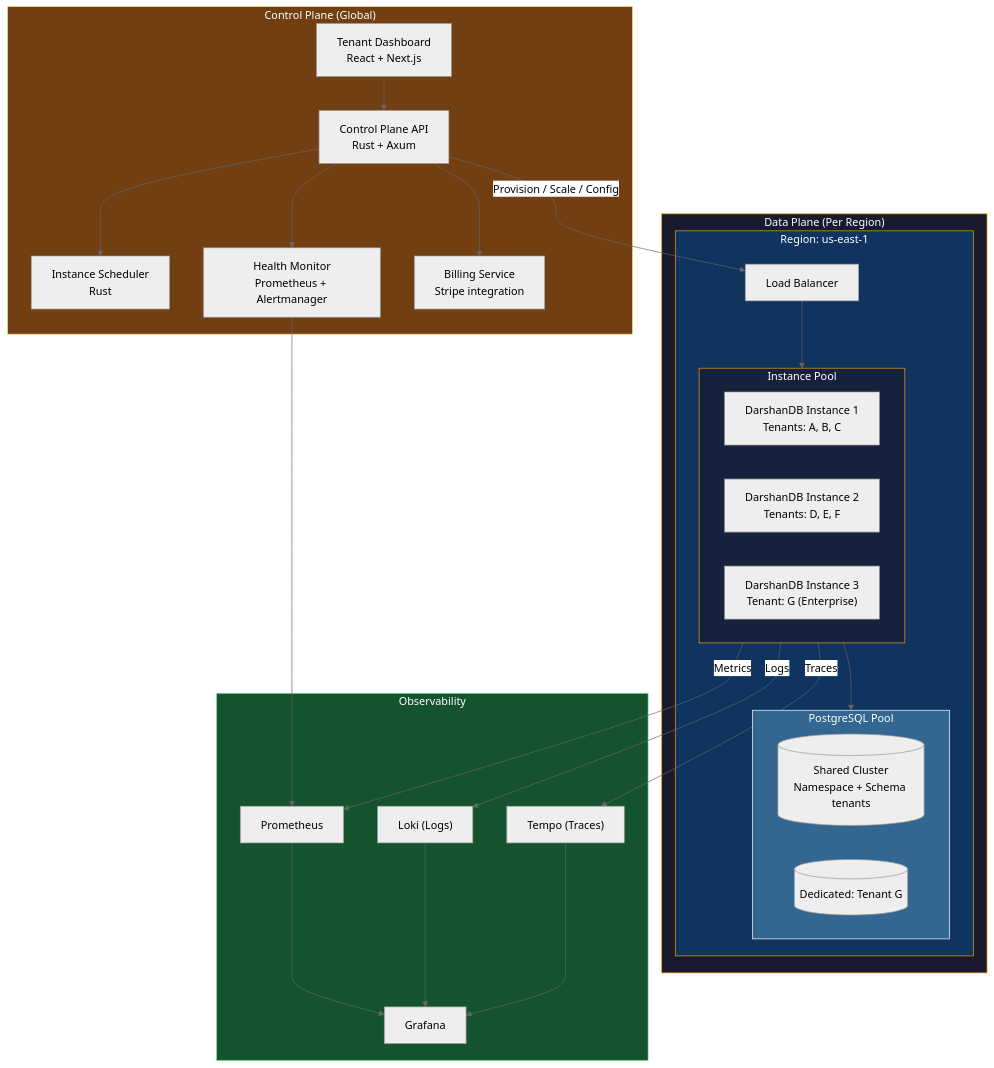
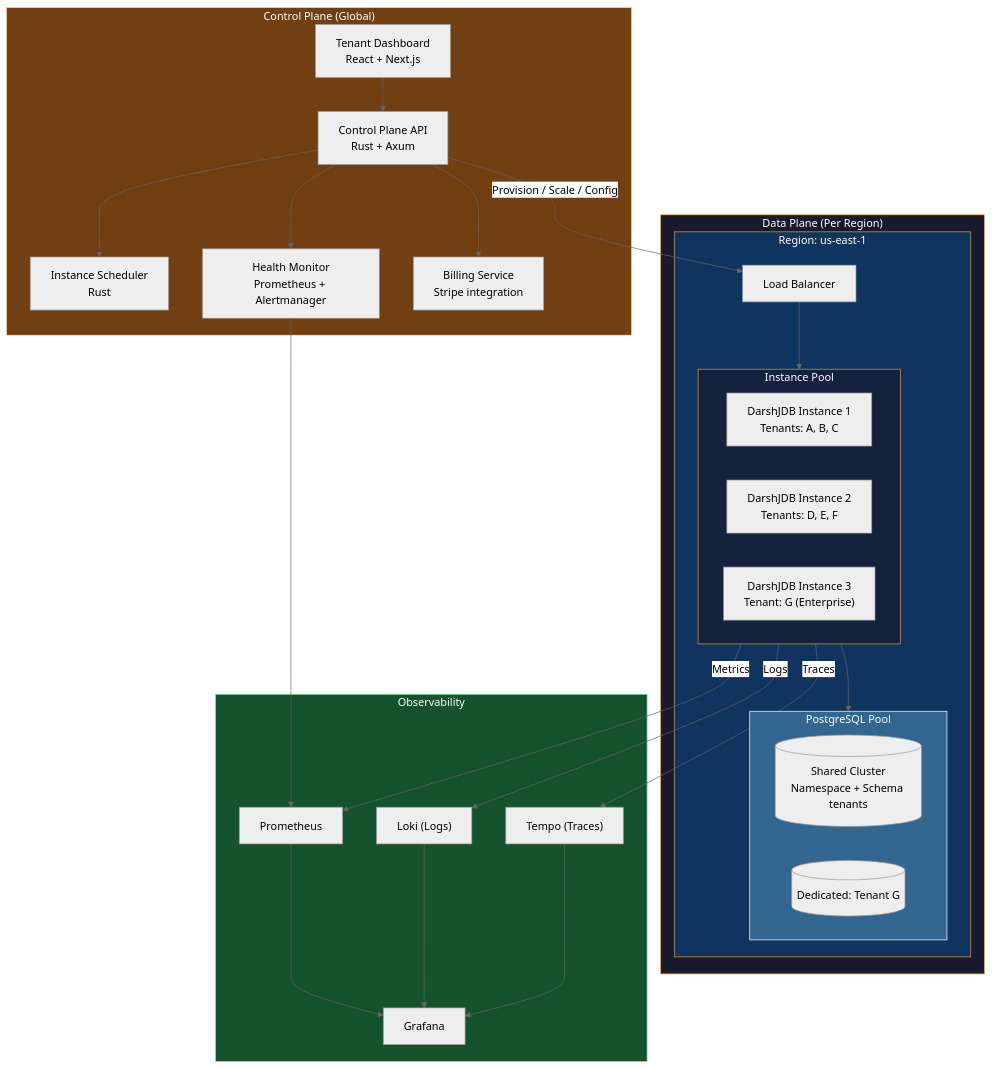
One commit to darshjme/darshjdb changed the seventh of 12 diagrams in docs/strategy/ENTERPRISE_STRATEGY.md. Above: the diagram before and after it, drawn with Mermaid (neutral theme). The commit also changed other lines of this file and 107 other files, not shown here.

First line of the commit message:
rebrand: DarshanDB → DarshJDB (DDB)

````diff
--- a/docs/strategy/ENTERPRISE_STRATEGY.md
+++ b/docs/strategy/ENTERPRISE_STRATEGY.md
@@ -598,58 +598,58 @@
 ```mermaid
 graph TB
     subgraph ControlPlane["Control Plane (Global)"]
         Dashboard["Tenant Dashboard\nReact + Next.js"]
         API["Control Plane API\nRust + Axum"]
         Scheduler["Instance Scheduler\nRust"]
         Monitor["Health Monitor\nPrometheus + Alertmanager"]
         Billing["Billing Service\nStripe integration"]
         
         Dashboard --> API
         API --> Scheduler
         API --> Monitor
         API --> Billing
     end
 
     subgraph DataPlane["Data Plane (Per Region)"]
         subgraph Region1["Region: us-east-1"]
             LB1["Load Balancer"]
             
             subgraph Pool1["Instance Pool"]
-                I1["DarshanDB Instance 1\nTenants: A, B, C"]
-                I2["DarshanDB Instance 2\nTenants: D, E, F"]
-                I3["DarshanDB Instance 3\nTenant: G (Enterprise)"]
+                I1["DarshJDB Instance 1\nTenants: A, B, C"]
+                I2["DarshJDB Instance 2\nTenants: D, E, F"]
+                I3["DarshJDB Instance 3\nTenant: G (Enterprise)"]
             end
             
             subgraph PGPool1["PostgreSQL Pool"]
                 PG1[("Shared Cluster\nNamespace + Schema tenants")]
                 PG2[("Dedicated: Tenant G")]
             end
 
             LB1 --> Pool1
             Pool1 --> PGPool1
         end
     end
 
     subgraph Observability["Observability"]
         Prom["Prometheus"]
         Graf["Grafana"]
         Loki["Loki (Logs)"]
         Tempo["Tempo (Traces)"]
         Prom --> Graf
         Loki --> Graf
         Tempo --> Graf
     end
 
     API -->|"Provision / Scale / Config"| LB1
     Monitor --> Prom
     Pool1 -->|"Metrics"| Prom
     Pool1 -->|"Logs"| Loki
     Pool1 -->|"Traces"| Tempo
 
     style ControlPlane fill:#713f12,stroke:#fde68a,color:#fff
     style DataPlane fill:#1a1a2e,stroke:#F59E0B,color:#fff
     style Region1 fill:#0f3460,stroke:#F59E0B,color:#fff
     style Pool1 fill:#16213e,stroke:#F59E0B,color:#fff
     style PGPool1 fill:#336791,stroke:#fff,color:#fff
     style Observability fill:#14532d,stroke:#86efac,color:#fff
 ```
````
